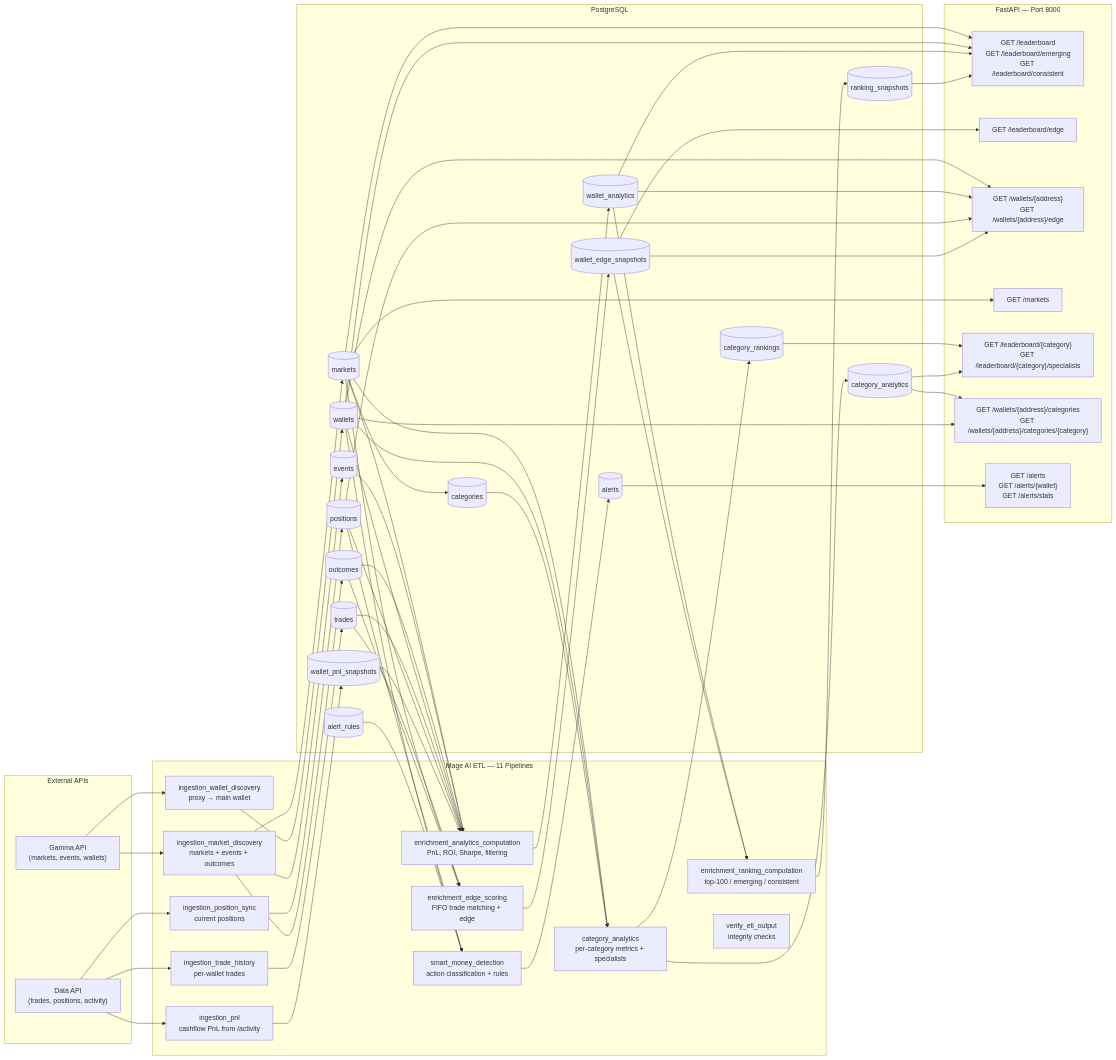
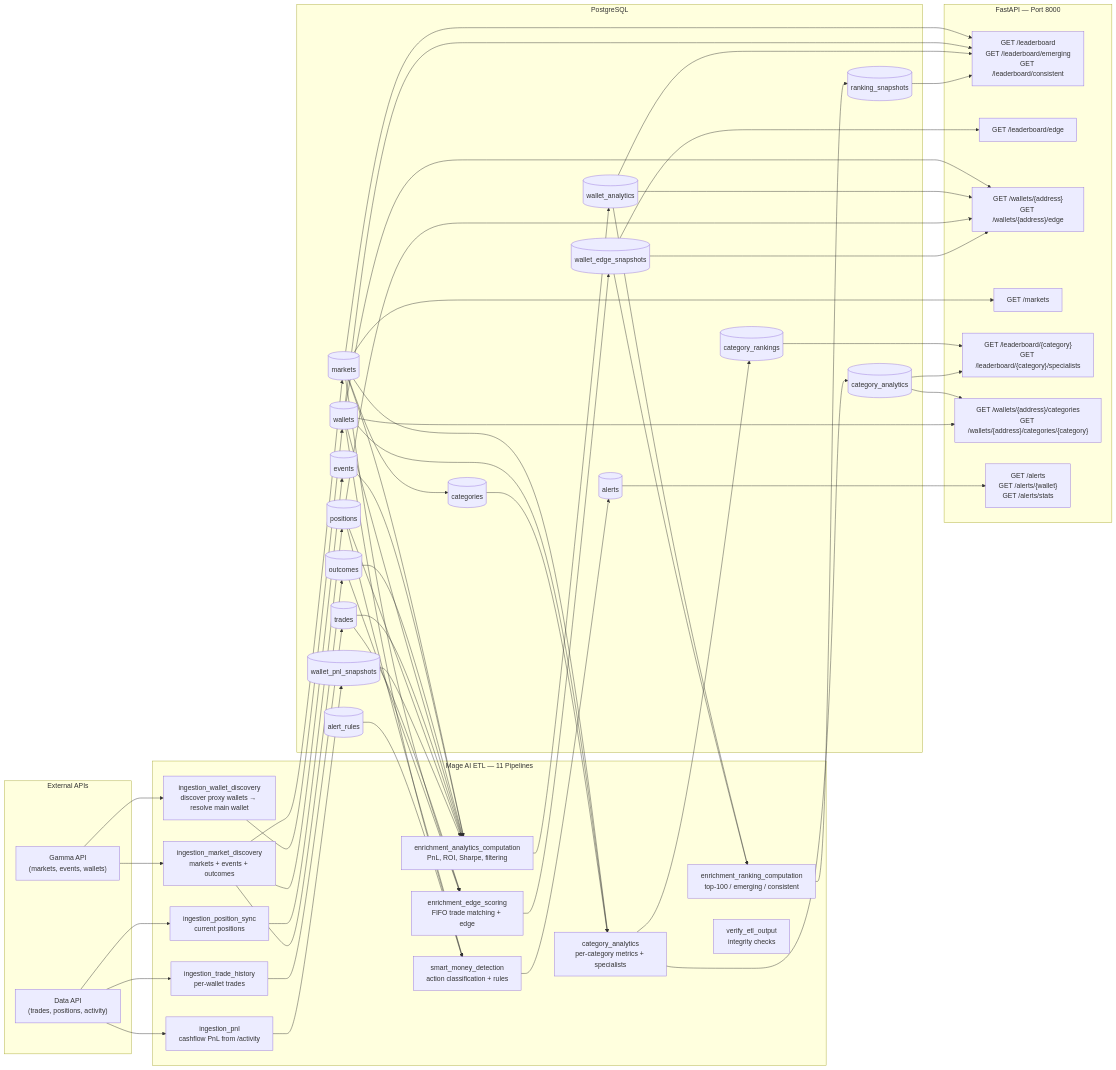
Before and after one commit to AntoineROYERB/polymarketpricer: the diagram in docs/ARCHITECTURE.md, drawn with Mermaid. The commit also changed other lines of this file and 10 other files, not shown here.

````diff
--- a/docs/ARCHITECTURE.md
+++ b/docs/ARCHITECTURE.md
@@ -3,79 +3,79 @@
 ```mermaid
 flowchart LR
     subgraph APIs["External APIs"]
         GAMMA["Gamma API<br/>(markets, events, wallets)"]
         DATA["Data API<br/>(trades, positions, activity)"]
     end
 
     subgraph ETL["Mage AI ETL — 11 Pipelines"]
         MD["ingestion_market_discovery<br/>markets + events + outcomes"]
-        WD["ingestion_wallet_discovery<br/>proxy → main wallet"]
+        WD["ingestion_wallet_discovery<br/>discover proxy wallets → resolve main wallet"]
         PS["ingestion_position_sync<br/>current positions"]
         PN["ingestion_pnl<br/>cashflow PnL from /activity"]
         TH["ingestion_trade_history<br/>per-wallet trades"]
         AC["enrichment_analytics_computation<br/>PnL, ROI, Sharpe, filtering"]
         RC["enrichment_ranking_computation<br/>top-100 / emerging / consistent"]
         CA["category_analytics<br/>per-category metrics + specialists"]
         ES["enrichment_edge_scoring<br/>FIFO trade matching + edge"]
         SM["smart_money_detection<br/>action classification + rules"]
         VF["verify_etl_output<br/>integrity checks"]
     end
 
     subgraph DB["PostgreSQL"]
         MKT[(markets)]
         EVT[(events)]
         OUTC[(outcomes)]
         WAL[(wallets)]
         TRD[(trades)]
         POS[(positions)]
         WPS[(wallet_pnl_snapshots)]
         WA[(wallet_analytics)]
         RS[(ranking_snapshots)]
         CAT[(categories)]
         CAnalytics[(category_analytics)]
         CRankings[(category_rankings)]
         ALR[(alert_rules)]
         ALTS[(alerts)]
         WES[(wallet_edge_snapshots)]
     end
 
     subgraph API["FastAPI — Port 8000"]
         LB["GET /leaderboard<br/>GET /leaderboard/emerging<br/>GET /leaderboard/consistent"]
         ELB["GET /leaderboard/edge"]
         WP["GET /wallets/{address}<br/>GET /wallets/{address}/edge"]
         MK["GET /markets"]
         CLB["GET /leaderboard/{category}<br/>GET /leaderboard/{category}/specialists"]
         WC["GET /wallets/{address}/categories<br/>GET /wallets/{address}/categories/{category}"]
         AL["GET /alerts<br/>GET /alerts/{wallet}<br/>GET /alerts/stats"]
     end
 
     GAMMA --> MD
     GAMMA --> WD
     DATA --> TH
     DATA --> PS
     DATA --> PN
     MD --> MKT & EVT & OUTC
     WD --> WAL
     TH --> TRD
     PS --> POS
     PN --> WPS
     MKT & EVT & OUTC & WAL & TRD & POS & WPS --> AC
     AC --> WA
     WA --> RC
     RC --> RS
     MKT --> CAT
     MKT & WAL & CAT --> CA
     CA --> CAnalytics & CRankings
     TRD & MKT & OUTC --> ES
     ES --> WES
     WES --> RC
     POS & WAL & ALR --> SM
     SM --> ALTS
     WES --> ELB
     MKT & WAL & WA & RS --> LB
     WAL & WA & POS & WES --> WP
     MKT --> MK
     CRankings & CAnalytics --> CLB
     CAnalytics & WAL --> WC
     ALTS --> AL
 ```
````
